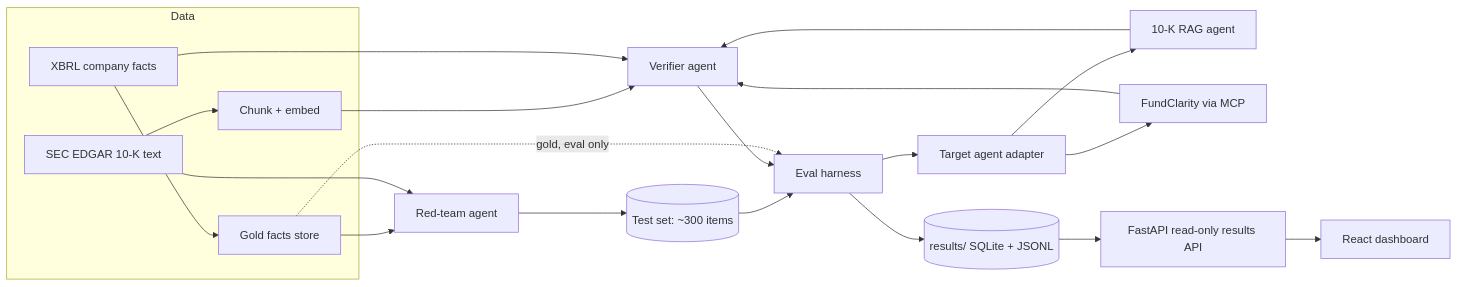
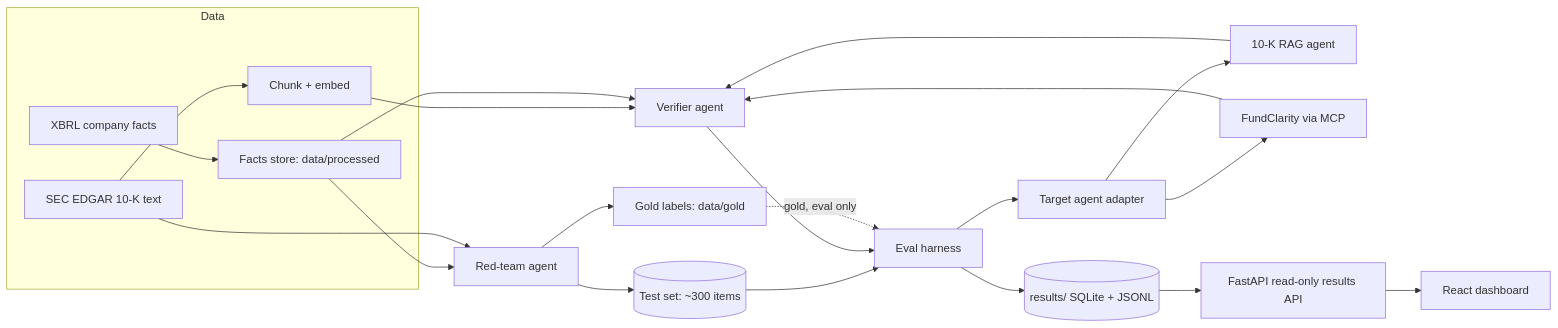
Before and after one commit to 1Arnav2/FilingGuard: the diagram in docs/TRD.md, drawn with Mermaid. The commit also changed other lines of this file and 31 other files, not shown here.

Commit message:
Phase 1: EDGAR data pipeline, facts, chunked index, corpus card

````diff
--- a/docs/TRD.md
+++ b/docs/TRD.md
@@ -7,23 +7,24 @@
 ```mermaid
 flowchart LR
   subgraph Data
     E[SEC EDGAR 10-K text] --> C[Chunk + embed]
-    X[XBRL company facts] --> G[Gold facts store]
+    X[XBRL company facts] --> F[Facts store: data/processed]
   end
-  G --> R[Red-team agent]
+  F --> R[Red-team agent]
   E --> R
   R --> T[(Test set: ~300 items)]
+  R --> G[Gold labels: data/gold]
   T --> H[Eval harness]
   H --> A[Target agent adapter]
   A --> A1[10-K RAG agent]
   A --> A2[FundClarity via MCP]
   A1 --> V[Verifier agent]
   A2 --> V
   C --> V
-  X --> V
+  F --> V
   V --> H
   G -.gold, eval only.-> H
   H --> S[(results/ SQLite + JSONL)]
   S --> API[FastAPI read-only results API]
   API --> D[React dashboard]
 ```
````
